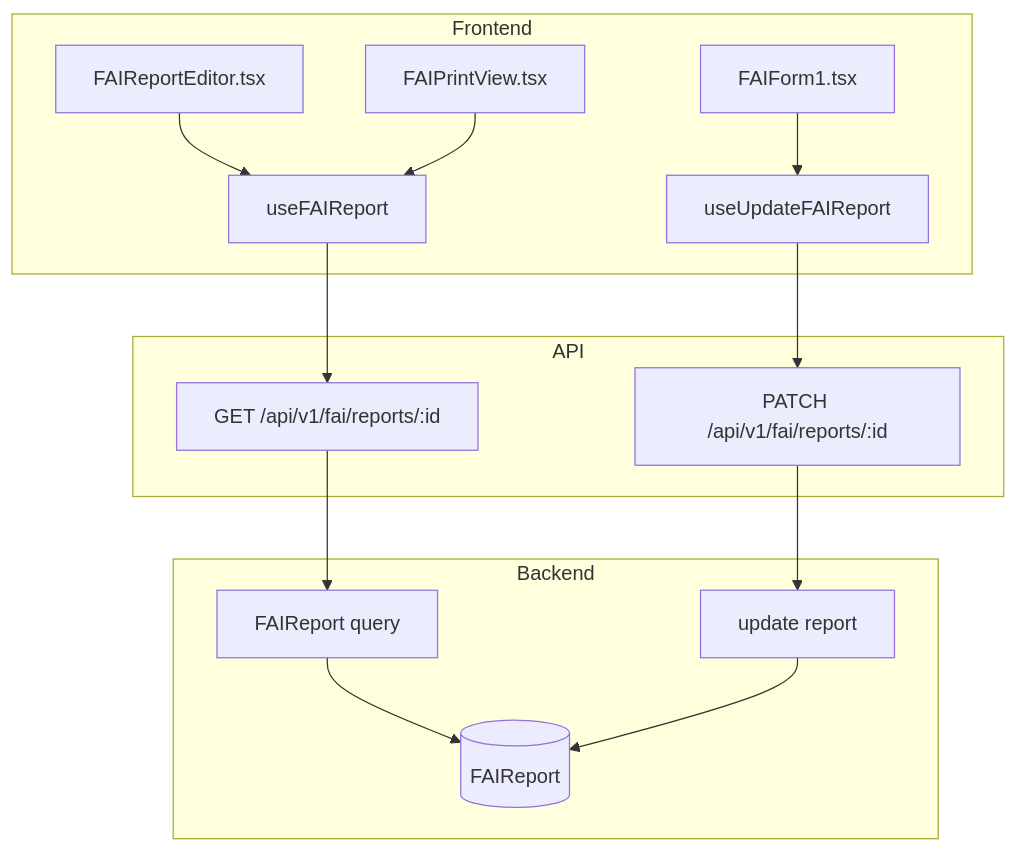
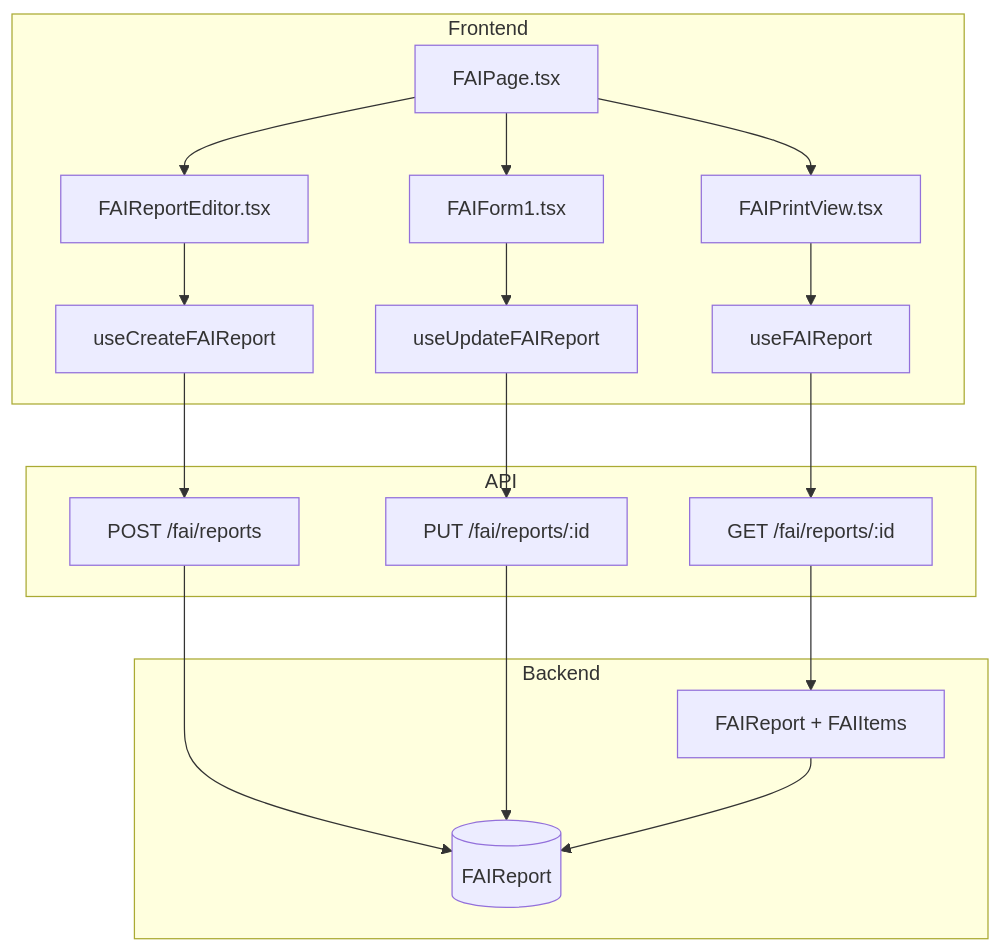
One commit to saturnis-io/cassini changed the first of 2 diagrams in .knowledge/features/fai.md. Above: the diagram before and after it, drawn with Mermaid. The commit also changed other lines of this file and 16 other files, not shown here.

First line of the commit message:
knowledge-graph: regenerate

````diff
--- a/.knowledge/features/fai.md
+++ b/.knowledge/features/fai.md
@@ -5,18 +5,20 @@
 ```mermaid
 flowchart TD
     subgraph Frontend
-        C1[FAIReportEditor.tsx] --> H1[useFAIReport]
-        C2[FAIPrintView.tsx] --> H1
-        C3[FAIForm1.tsx] --> H2[useUpdateFAIReport]
+        C1[FAIReportEditor.tsx] --> H1[useCreateFAIReport]
+        C2[FAIForm1.tsx] --> H2[useUpdateFAIReport]
+        C3[FAIPrintView.tsx] --> H3[useFAIReport]
+        C4[FAIPage.tsx] --> C1 & C2 & C3
     end
     subgraph API
-        H1 --> E1[GET /api/v1/fai/reports/:id]
-        H2 --> E2[PATCH /api/v1/fai/reports/:id]
+        H1 --> E1[POST /fai/reports]
+        H2 --> E2[PUT /fai/reports/:id]
+        H3 --> E3[GET /fai/reports/:id]
     end
     subgraph Backend
-        E1 --> R1[FAIReport query]
-        R1 --> M1[(FAIReport)]
-        E2 --> S1[update report]
-        S1 --> M1
+        E1 --> M1[(FAIReport)]
+        E2 --> M1
+        E3 --> R1[FAIReport + FAIItems]
+        R1 --> M1
     end
 ```
````
